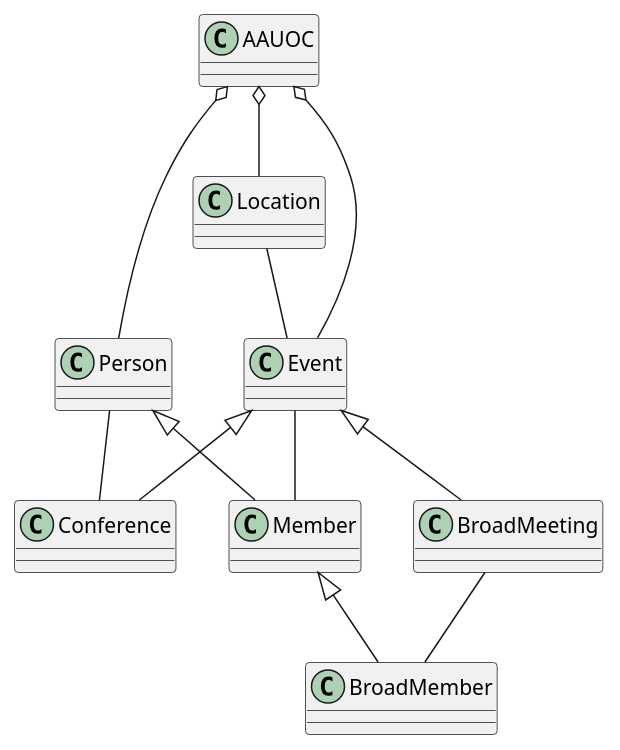
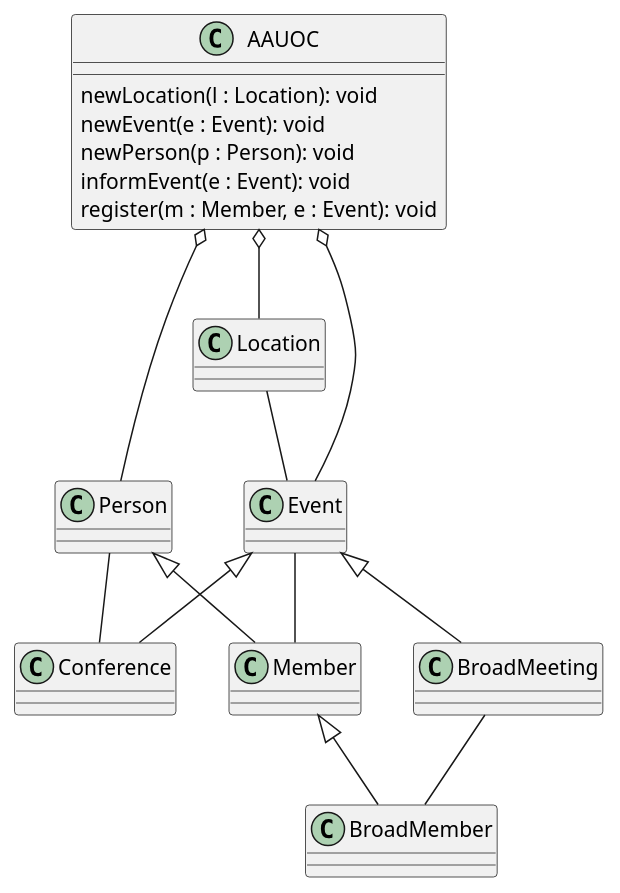
One commit to CorazaNegra/UMLClasesFSP changed the diagram in Practica_Diagramas_UML.puml. Above: the diagram before and after it, drawn with PlantUML.

Commit message:
Añadiendo métodos a AAUOC

```diff
--- a/Practica_Diagramas_UML.puml
+++ b/Practica_Diagramas_UML.puml
@@ -1,47 +1,51 @@
 @startuml
 
 class AAUOC{
-
+    newLocation(l : Location): void
+    newEvent(e : Event): void
+    newPerson(p : Person): void
+    informEvent(e : Event): void
+    register(m : Member, e : Event): void
 }
 
 class Location{
 
 }
 
 class Event{
 
 }
 
 class Conference{
 
 }
 
 class BroadMeeting{
 
 }
 
 class Person{
 
 }
 
 class Member{
 
 }
 
 class BroadMember{
 
 }
 
 AAUOC o-- Event
 AAUOC o-- Location
 AAUOC o-- Person
 Location -- Event
 Event -- Member
 Person -- Conference
 BroadMeeting -- BroadMember
 Event <|-- Conference
 Event <|-- BroadMeeting
 Person <|-- Member
 Member <|-- BroadMember
 
 @enduml
```
